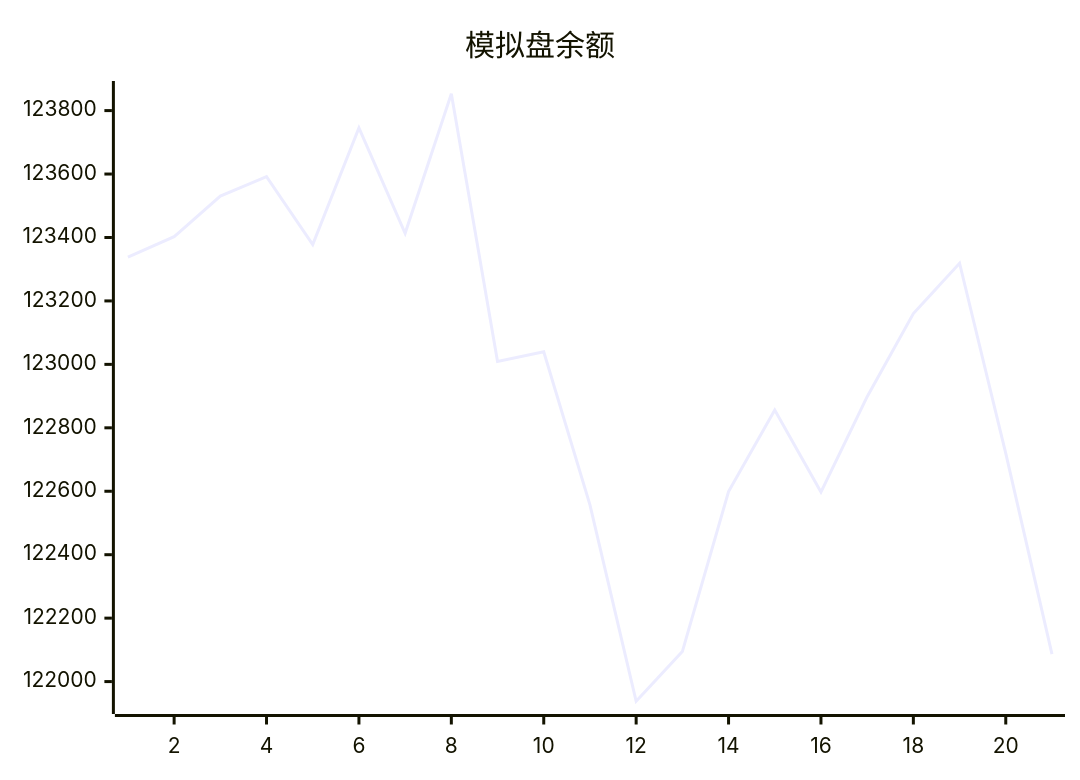
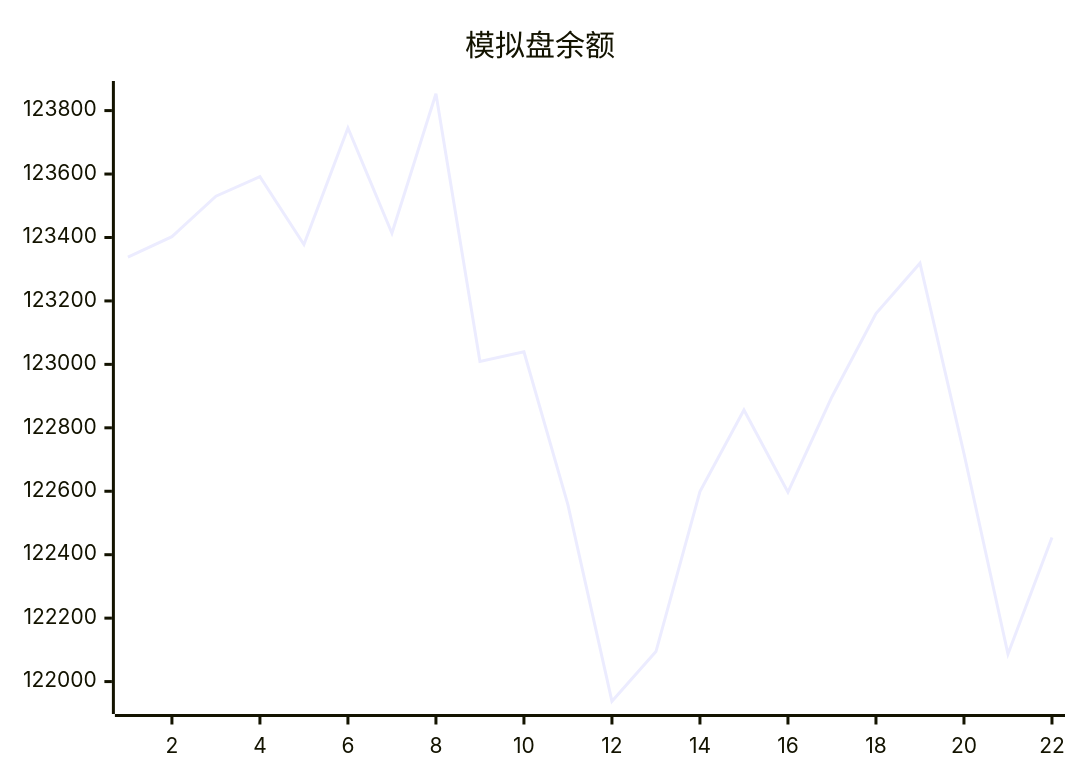
The diagram in trading/README.md (aahl/mcp-aktools), drawn with Mermaid before and after one commit. The commit also changed 1 other file, not shown here.

Commit message:
📈 AkTools MCP Server

````diff
--- a/trading/README.md
+++ b/trading/README.md
@@ -3,5 +3,5 @@
 ```mermaid
 xychart
     title "模拟盘余额"
-    line [123337.9,123402.4,123530.3,123591.6,123377.9,123745.3,123413.3,123853.1,123009.4,123039.8,122557.0,121938.0,122094.6,122599.0,122856.1,122597.3,122898.1,123160.2,123318.8,122719.1,122086.7]
+    line [123337.9,123402.4,123530.3,123591.6,123377.9,123745.3,123413.3,123853.1,123009.4,123039.8,122557.0,121938.0,122094.6,122599.0,122856.1,122597.3,122898.1,123160.2,123318.8,122719.1,122086.7,122454.1]
 ```
````
